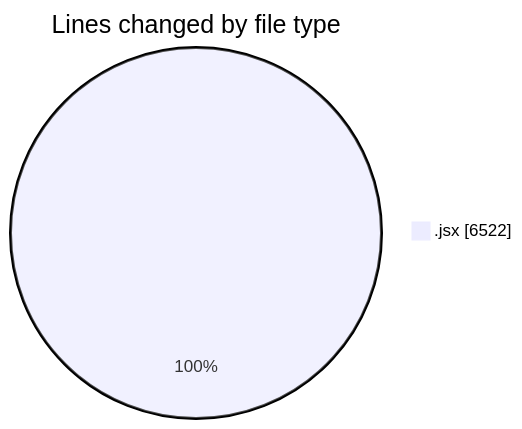
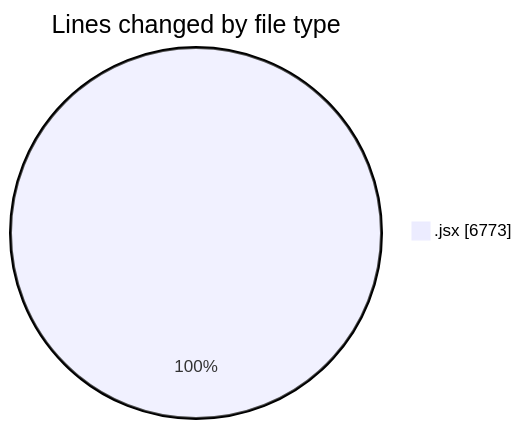
One commit to nxtqubesakshisongat/code-tracking changed the first of 2 diagrams in 2025-05-14/argos-dev/README.md. Above: the diagram before and after it, drawn with Mermaid. The commit also changed other lines of this file and 1 other file, not shown here.

````diff
--- a/2025-05-14/argos-dev/README.md
+++ b/2025-05-14/argos-dev/README.md
@@ -28,5 +28,5 @@
 ```mermaid
 pie showData
 title Lines changed by file type
-".jsx" : 6522
+".jsx" : 6773
 ```
````
